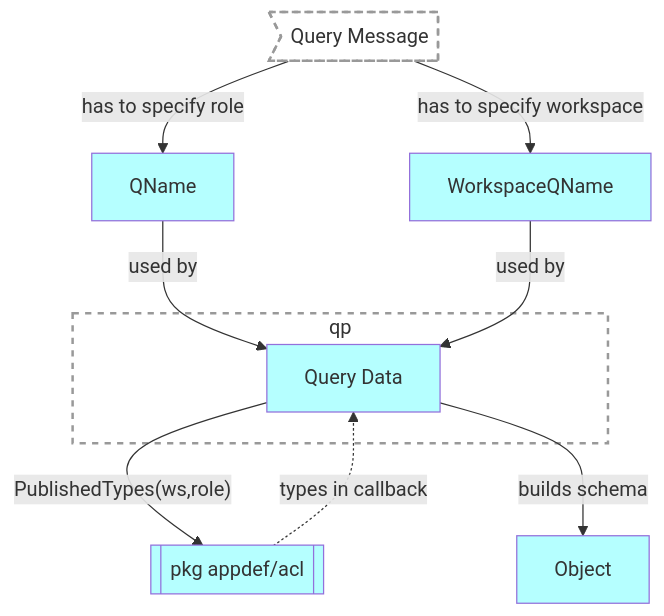
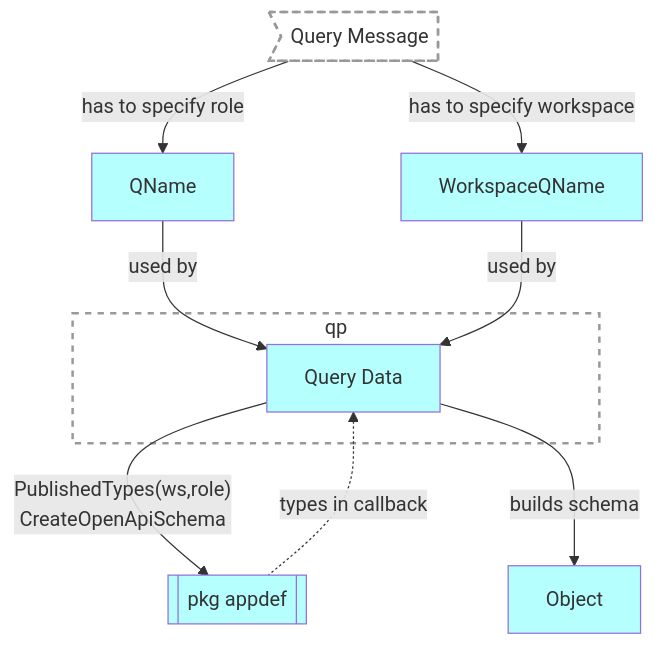
Before and after one commit to voedger/voedger-internals: the diagram in server/apiv2/read-ws-role-schema.md, drawn with Mermaid. The commit also changed other lines of this file, not shown here.

Commit message:
refactor: update read-ws-role-schema.md to clarify PublishedTypes usage and add CreateOpenApiSchema reference

````diff
--- a/server/apiv2/read-ws-role-schema.md
+++ b/server/apiv2/read-ws-role-schema.md
@@ -30,25 +30,25 @@
 ```mermaid
 flowchart
 qpMessage>Query Message]:::G
 qp[Query Processor]:::G
 queryData[Query Data]:::S
-appdef[[pkg appdef/acl]]:::S
+appdef[[pkg appdef]]:::S
 object[Object]:::S
 subgraph qp
     queryData[Query Data]:::S
 end
 qpMessage --> |has to specify role|QName:::S
 qpMessage --> |has to specify workspace|WorkspaceQName:::S
 QName --> |used by|queryData
 WorkspaceQName --> |used by|queryData
-queryData --> |"PublishedTypes(ws,role)"|appdef
+queryData --> |"PublishedTypes(ws,role)<br>CreateOpenApiSchema"|appdef
 appdef -.-> |types in callback|queryData
 queryData --> |builds schema|object
 
 
 %% Styles ====================
 classDef B fill:#FFFFB5,color:#333
 classDef S fill:#B5FFFF,color:#333
 classDef H fill:#C9E7B7,color:#333
 classDef G fill:#ffffff15, stroke:#999, stroke-width:2px, stroke-dasharray: 5 5
 ```
````
